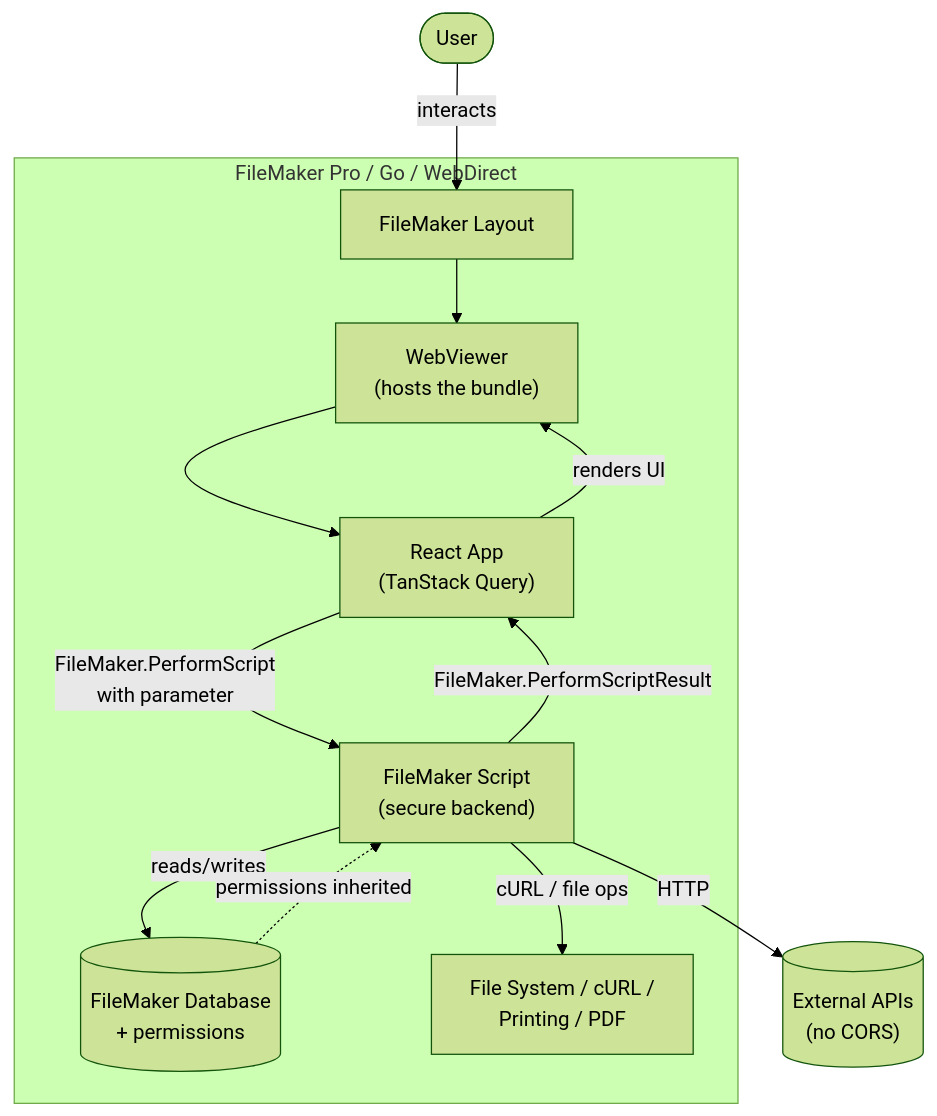
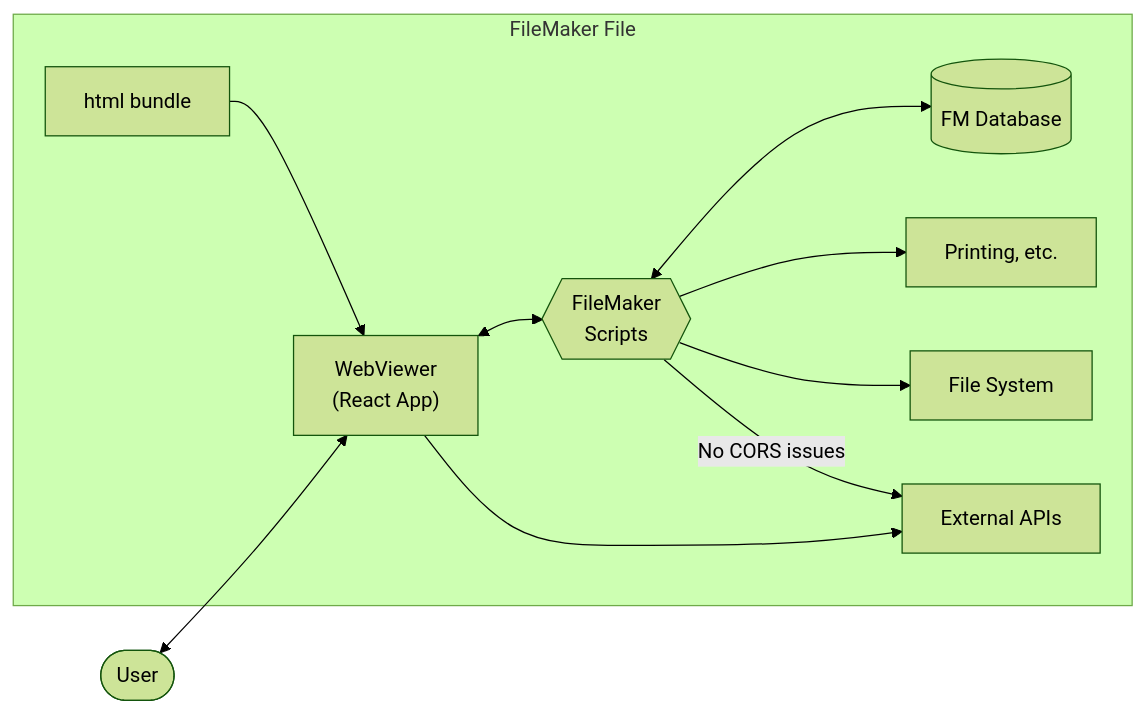
One commit to proofsh/proofkit changed the diagram in apps/docs/planning/v2/data-flow.md. Above: the diagram before and after it, drawn with Mermaid (forest theme). The commit also changed other lines of this file and 2 other files, not shown here.

Commit message:
Add ProofKit v2 tech stack planning

````diff
--- a/apps/docs/planning/v2/data-flow.md
+++ b/apps/docs/planning/v2/data-flow.md
@@ -11,24 +11,24 @@
 ```mermaid
-flowchart TD
+flowchart LR
     User([User])
-    subgraph FMClient["FileMaker Pro / Go / WebDirect"]
-        Layout["FileMaker Layout"]
-        WV["WebViewer<br/>(hosts the bundle)"]
-        React["React App<br/>(TanStack Query)"]
-        Script["FileMaker Script<br/>(secure backend)"]
-        DB[("FileMaker Database<br/>+ permissions")]
-        FS["File System / cURL /<br/>Printing / PDF"]
+
+    subgraph FMFile["FileMaker File"]
+        Script{{"FileMaker<br/>Scripts"}}
+        WV["WebViewer<br/>(React App)"]
+        HTML["html bundle"]
+        DB[("FM Database")]
+        Print["Printing, etc."]
+        FS["File System"]
+        APIs["External APIs"]
+
+        HTML --> WV
+        WV <--> Script
+        Script <--> DB
+        Script --> Print
+        Script --> FS
+        Script -->|"No CORS issues"| APIs
+        WV --> APIs
     end
-    External[("External APIs<br/>(no CORS)")]
 
-    User -->|interacts| Layout
-    Layout --> WV
-    WV --> React
-    React -->|FileMaker.PerformScript<br/>with parameter| Script
-    Script -->|reads/writes| DB
-    Script -->|cURL / file ops| FS
-    Script -->|HTTP| External
-    Script -->|FileMaker.PerformScriptResult| React
-    React -->|renders UI| WV
-    DB -.->|permissions inherited| Script
+    User <--> WV
 ```
````
